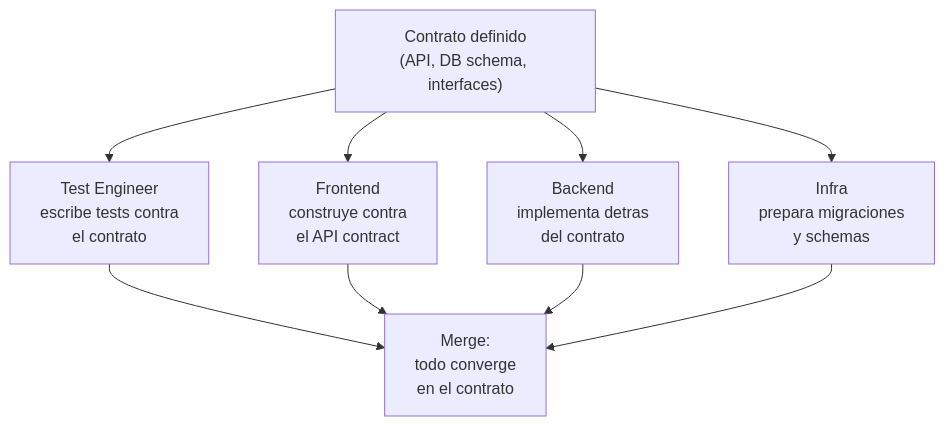
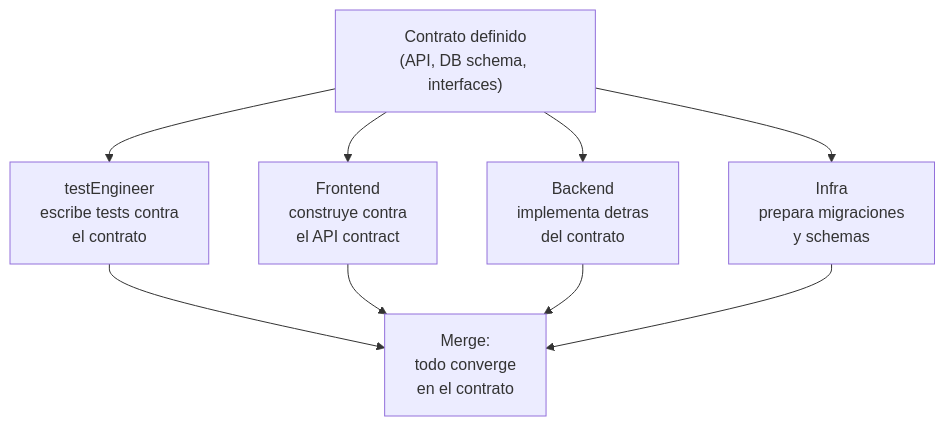
One commit to virgenherrera/idea-to-mvp changed the first of 2 diagrams in docs/execution/contracts.md. Above: the diagram before and after it, drawn with Mermaid. The commit also changed other lines of this file and 30 other files, not shown here.

````diff
--- a/docs/execution/contracts.md
+++ b/docs/execution/contracts.md
@@ -20,14 +31,14 @@
 ```mermaid
 flowchart TD
     CONTRACT["Contrato definido\n(API, DB schema, interfaces)"]
 
-    CONTRACT --> QA["Test Engineer\nescribe tests contra\nel contrato"]
+    CONTRACT --> QA["testEngineer\nescribe tests contra\nel contrato"]
     CONTRACT --> FE["Frontend\nconstruye contra\nel API contract"]
     CONTRACT --> BE["Backend\nimplementa detras\ndel contrato"]
     CONTRACT --> INFRA["Infra\nprepara migraciones\ny schemas"]
 
     QA --> MERGE["Merge:\ntodo converge\nen el contrato"]
     FE --> MERGE
     BE --> MERGE
     INFRA --> MERGE
 ```
````
